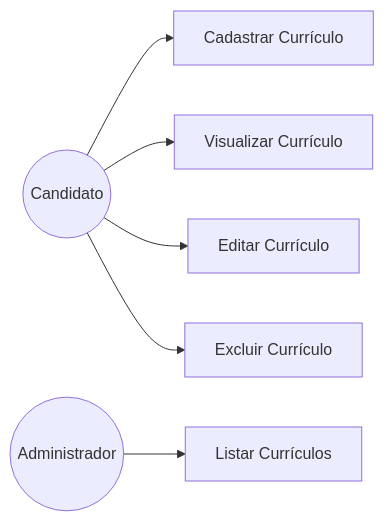
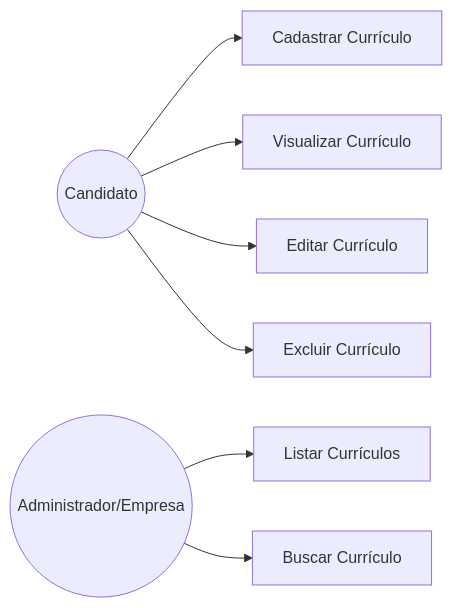
Before and after one commit to Hope0013/Projeto_RH: the second of 4 diagrams in README.md, drawn with Mermaid. The commit also changed other lines of this file and 23 other files, not shown here.

````diff
--- a/README.md
+++ b/README.md
@@ -229,19 +222,22 @@
 ```mermaid
 flowchart LR
 
 Candidato((Candidato))
-Admin((Administrador))
+Admin((Administrador/Empresa))
 
 UC1[Cadastrar Currículo]
 UC2[Visualizar Currículo]
 UC3[Editar Currículo]
 UC4[Excluir Currículo]
 UC5[Listar Currículos]
+UC6[Buscar Currículo]
 
 Candidato --> UC1
 Candidato --> UC2
 Candidato --> UC3
 Candidato --> UC4
 
 Admin --> UC5
+Admin --> UC6
+
 ```
````
